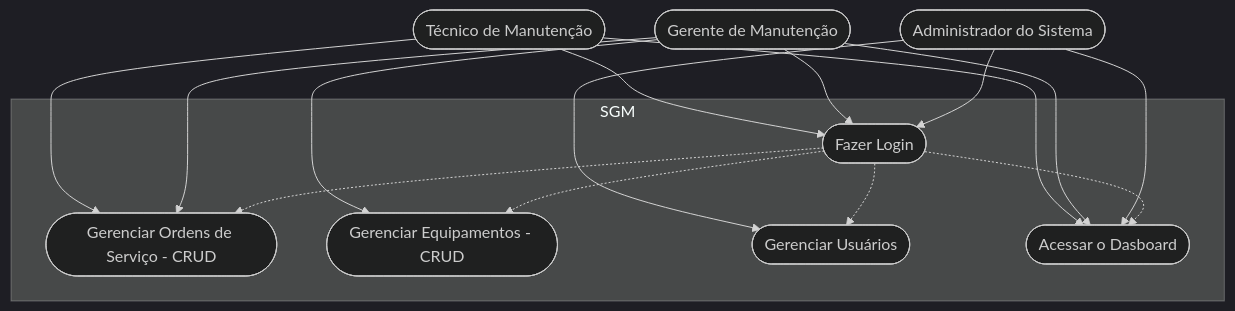
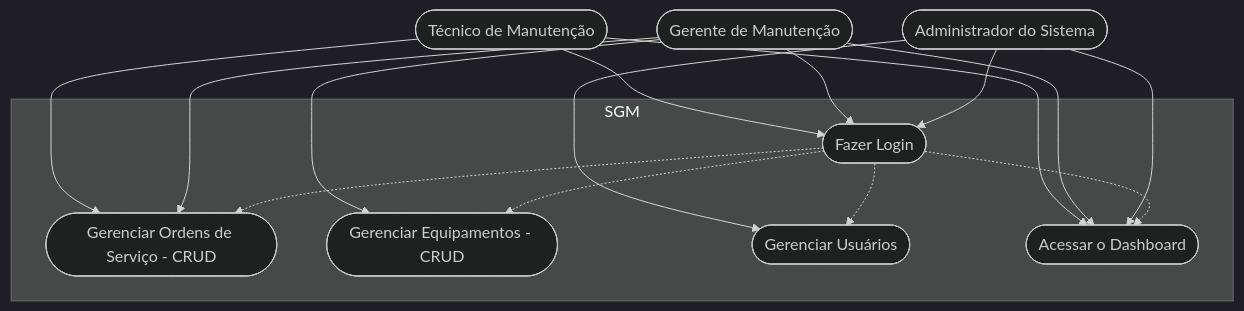
Before and after one commit to AnthonyDevluk2210/CursoFrontEndCastelloA: the second of 3 diagrams in FrameWorks/Next/formativa-sgm/README.md, drawn with Mermaid (dark theme). The commit also changed 6 other files, not shown here.

````diff
--- a/FrameWorks/Next/formativa-sgm/README.md
+++ b/FrameWorks/Next/formativa-sgm/README.md
@@ -112,36 +112,36 @@
 ```mermaid
 
 graph TD 
 
     subgraph "SGM"
         caso1([Fazer Login])
         caso2([Gerenciar Ordens de Serviço - CRUD])
         caso3([Gerenciar Equipamentos - CRUD])
         caso4([Gerenciar Usuários])
-        caso5([Acessar o Dasboard])
+        caso5([Acessar o Dashboard])
     end
 
     Tecnico([Técnico de Manutenção])
     Gerente([Gerente de Manutenção])
     Admin([Administrador do Sistema])
 
     Tecnico --> caso1
     Tecnico --> caso2
     Tecnico --> caso5
 
     Gerente --> caso1
     Gerente --> caso2
     Gerente --> caso3
     Gerente --> caso5
 
     Admin --> caso1
     Admin --> caso4
     Admin --> caso5
 
 
     caso1 -.-> caso2
     caso1 -.-> caso3
     caso1 -.-> caso4
     caso1 -.-> caso5
 
 ```
````
